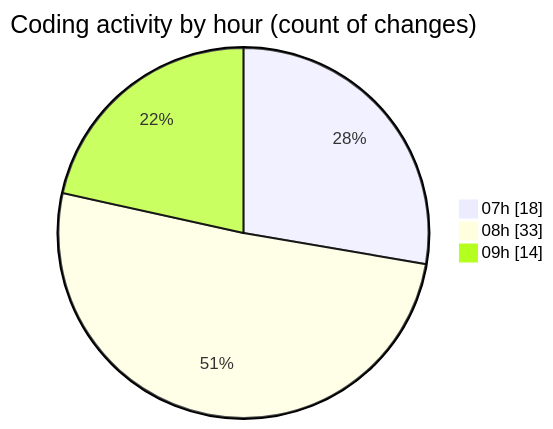
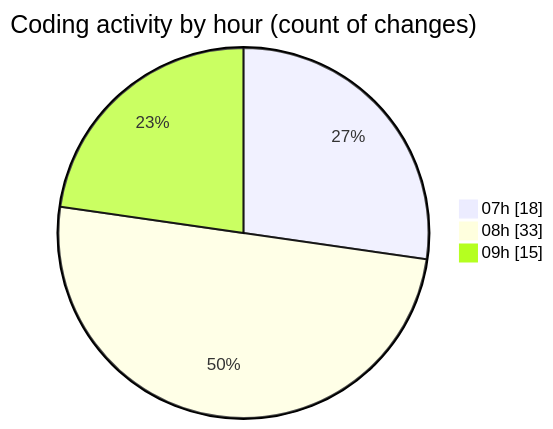
Before and after one commit to robertbonfada/code-tracking: the second of 2 diagrams in 2025-02-03/mbc-web/README.md, drawn with Mermaid. The commit also changed other lines of this file and 1 other file, not shown here.

````diff
--- a/2025-02-03/mbc-web/README.md
+++ b/2025-02-03/mbc-web/README.md
@@ -38,7 +40,7 @@
 ```mermaid
 pie showData
 title Coding activity by hour (count of changes)
 "07h" : 18
 "08h" : 33
-"09h" : 14
+"09h" : 15
 ```
````
